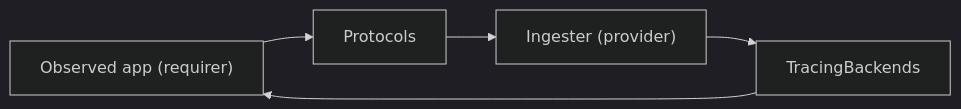
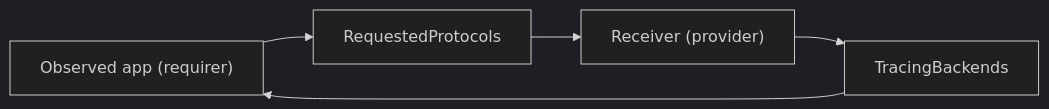
The diagram in interfaces/tracing/v2/README.md (canonical/charm-relation-interfaces), drawn with Mermaid (dark theme) before and after one commit. The commit also changed other lines of this file and 1 other file, not shown here.

Commit message:
generalized protocol, added descriptions, and renamed ingester -> receiver

````diff
--- a/interfaces/tracing/v2/README.md
+++ b/interfaces/tracing/v2/README.md
@@ -16,5 +16,5 @@
 ```mermaid
 graph LR
-    Requirer["Observed app (requirer)"]  --> Protocols --> Provider["Ingester (provider)"]
-    Provider["Ingester (provider)"]  --> TracingBackends --> Requirer["Observed app (requirer)"]
+    Requirer["Observed app (requirer)"]  --> RequestedProtocols --> Provider["Receiver (provider)"]
+    Provider["Receiver (provider)"]  --> TracingBackends --> Requirer["Observed app (requirer)"]
 ```
````
